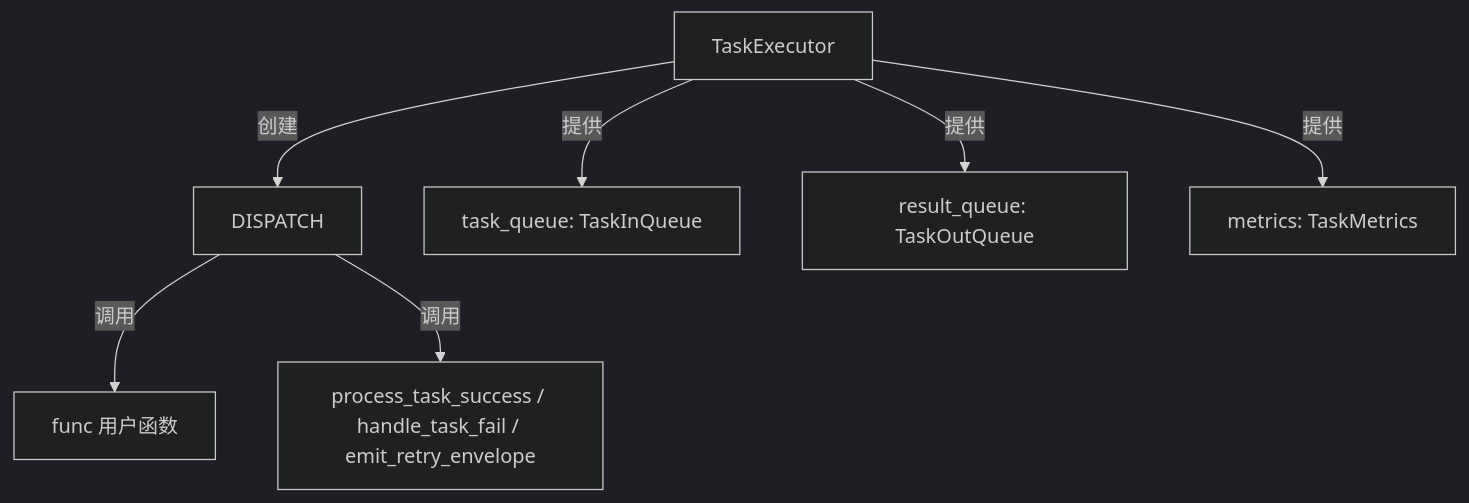
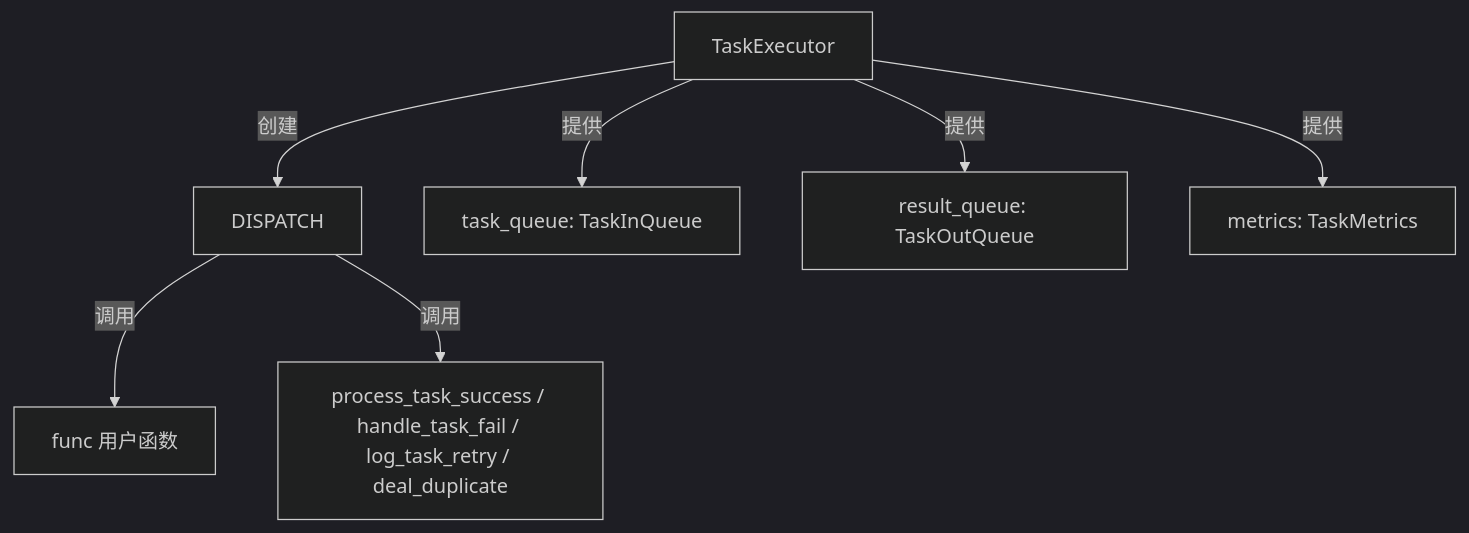
Before and after one commit to Mr-xiaotian/CelestialFlow: the second of 2 diagrams in docs/zh-CN/src/stage/core_dispatch.md, drawn with Mermaid (dark theme). The commit also changed other lines of this file and 71 other files, not shown here.

````diff
--- a/docs/zh-CN/src/stage/core_dispatch.md
+++ b/docs/zh-CN/src/stage/core_dispatch.md
@@ -153,9 +155,9 @@
 ```mermaid
 flowchart TD
     TE[TaskExecutor] -->|创建| DISPATCH
     TE -->|提供| TQ[task_queue: TaskInQueue]
     TE -->|提供| RQ[result_queue: TaskOutQueue]
     TE -->|提供| MET[metrics: TaskMetrics]
     DISPATCH -->|调用| FUNC[func 用户函数]
-    DISPATCH -->|调用| TE_METHODS[process_task_success / handle_task_fail / emit_retry_envelope]
+    DISPATCH -->|调用| TE_METHODS[process_task_success / handle_task_fail / log_task_retry / deal_duplicate]
 ```
````
